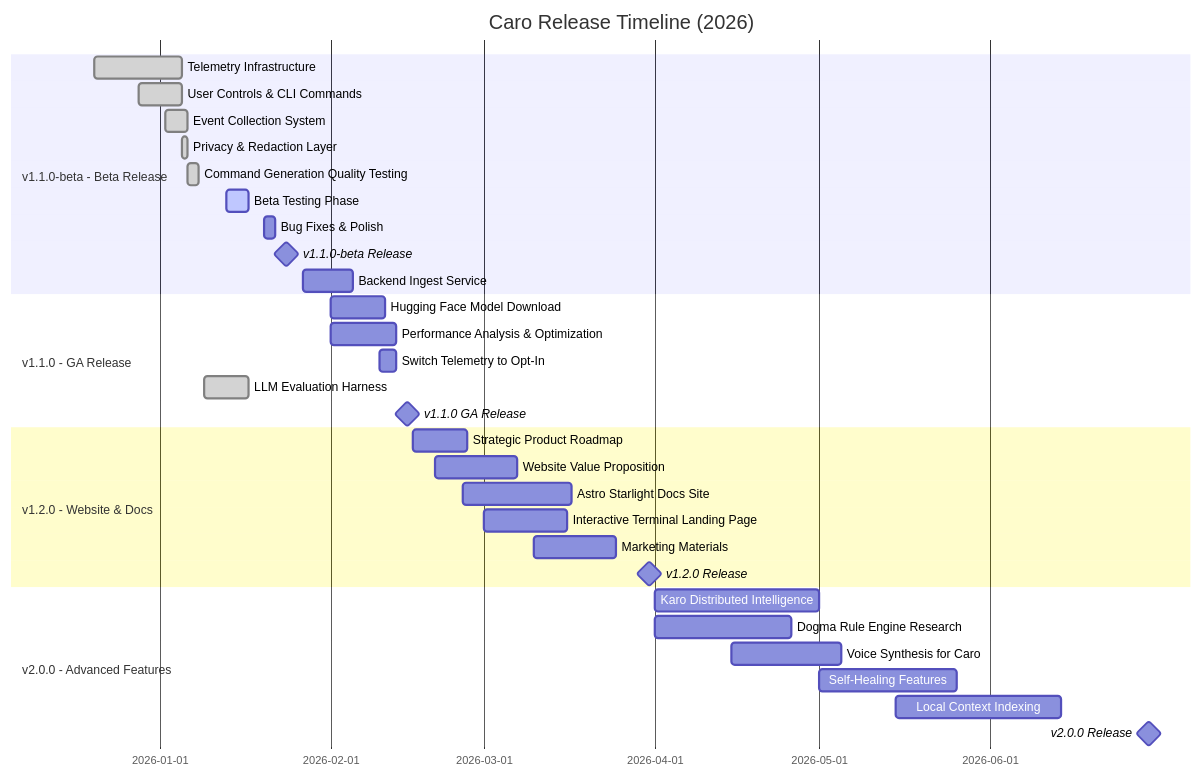
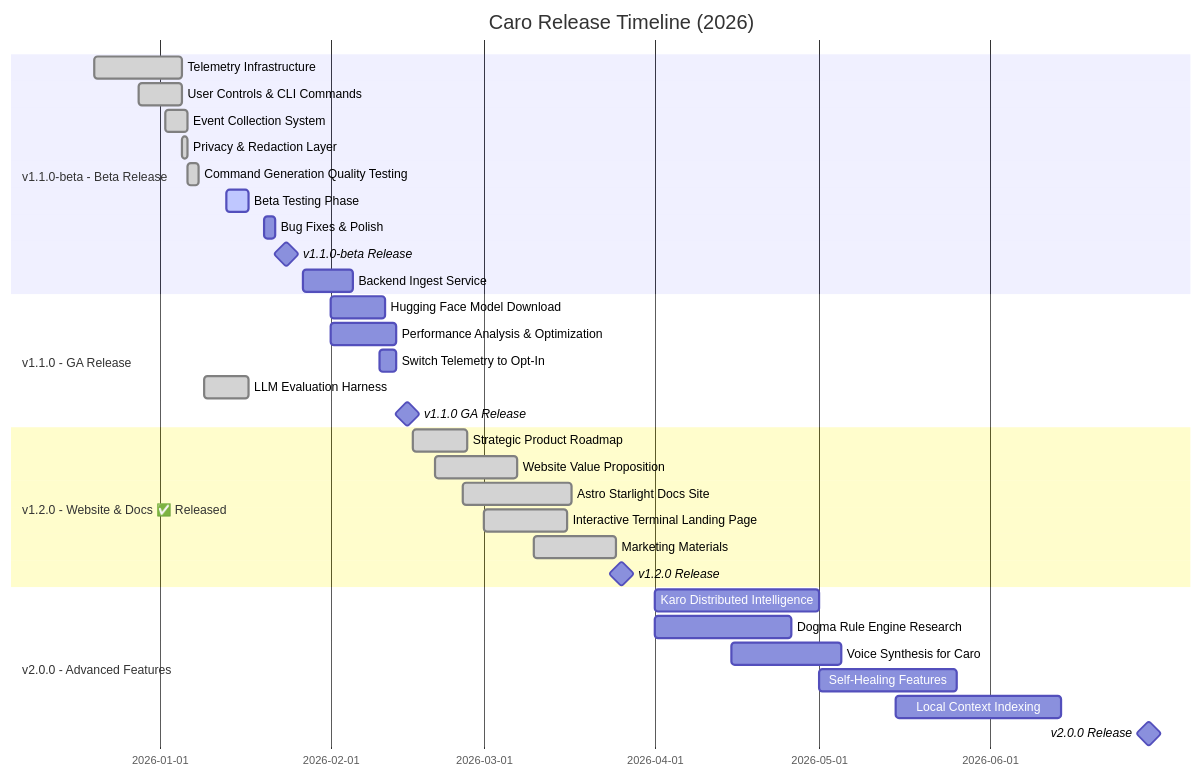
The diagram in ROADMAP.md (wildcard/caro), drawn with Mermaid before and after one commit. The commit also changed other lines of this file and 9 other files, not shown here.

````diff
--- a/ROADMAP.md
+++ b/ROADMAP.md
@@ -9,38 +9,38 @@
 ```mermaid
 gantt
     title Caro Release Timeline (2026)
     dateFormat YYYY-MM-DD
     section v1.1.0-beta - Beta Release
     Telemetry Infrastructure              :done, 2025-12-20, 2026-01-05
     User Controls & CLI Commands          :done, 2025-12-28, 2026-01-05
     Event Collection System               :done, 2026-01-02, 2026-01-06
     Privacy & Redaction Layer             :done, 2026-01-05, 2026-01-06
     Command Generation Quality Testing    :done, 2026-01-06, 2026-01-08
     Beta Testing Phase                    :active, 2026-01-13, 2026-01-17
     Bug Fixes & Polish                    :2026-01-20, 2026-01-22
     v1.1.0-beta Release                  :milestone, 2026-01-24, 0d
     Backend Ingest Service                :2026-01-27, 2026-02-05
 
     section v1.1.0 - GA Release
     Hugging Face Model Download           :2026-02-01, 10d
     Performance Analysis & Optimization   :2026-02-01, 12d
     Switch Telemetry to Opt-In           :2026-02-10, 3d
     LLM Evaluation Harness               :done, 2026-01-09, 2026-01-17
     v1.1.0 GA Release                    :milestone, 2026-02-15, 0d
 
-    section v1.2.0 - Website & Docs
-    Strategic Product Roadmap             :2026-02-16, 10d
-    Website Value Proposition             :2026-02-20, 15d
-    Astro Starlight Docs Site            :2026-02-25, 20d
-    Interactive Terminal Landing Page     :2026-03-01, 15d
-    Marketing Materials                   :2026-03-10, 15d
-    v1.2.0 Release                       :milestone, 2026-03-31, 0d
+    section v1.2.0 - Website & Docs ✅ Released
+    Strategic Product Roadmap             :done, 2026-02-16, 10d
+    Website Value Proposition             :done, 2026-02-20, 15d
+    Astro Starlight Docs Site            :done, 2026-02-25, 20d
+    Interactive Terminal Landing Page     :done, 2026-03-01, 15d
+    Marketing Materials                   :done, 2026-03-10, 15d
+    v1.2.0 Release                       :milestone, 2026-03-26, 0d
 
     section v2.0.0 - Advanced Features
     Karo Distributed Intelligence        :2026-04-01, 30d
     Dogma Rule Engine Research           :2026-04-01, 25d
     Voice Synthesis for Caro             :2026-04-15, 20d
     Self-Healing Features                :2026-05-01, 25d
     Local Context Indexing               :2026-05-15, 30d
     v2.0.0 Release                       :milestone, 2026-06-30, 0d
 ```
````
